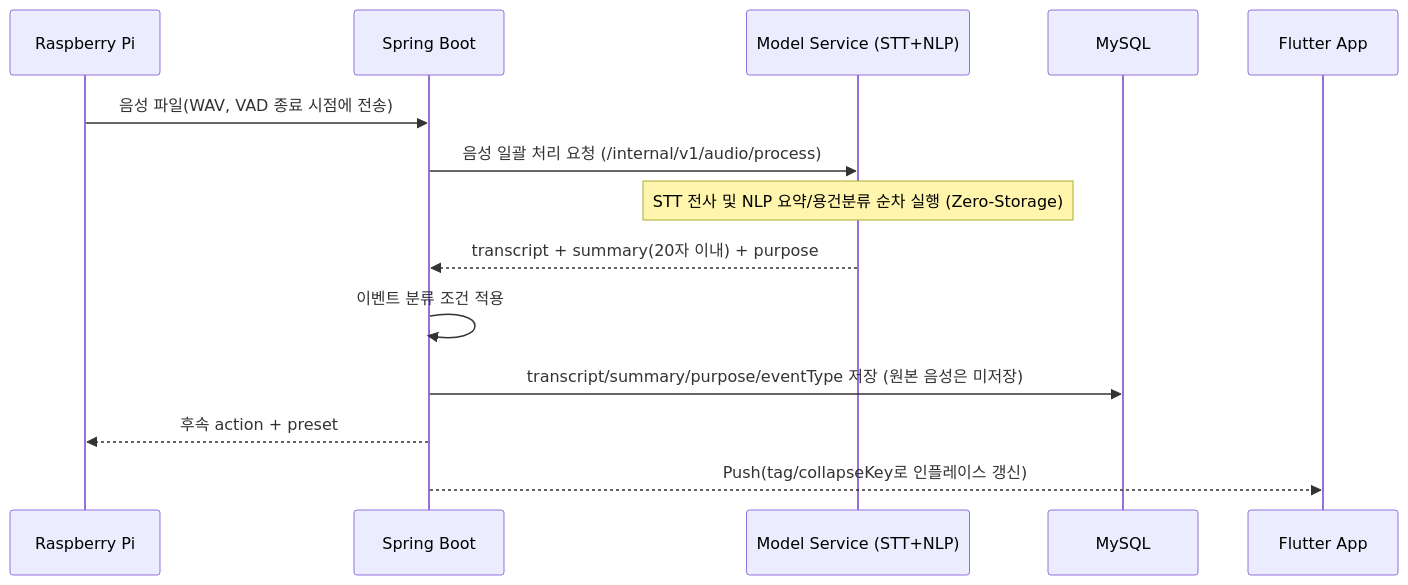
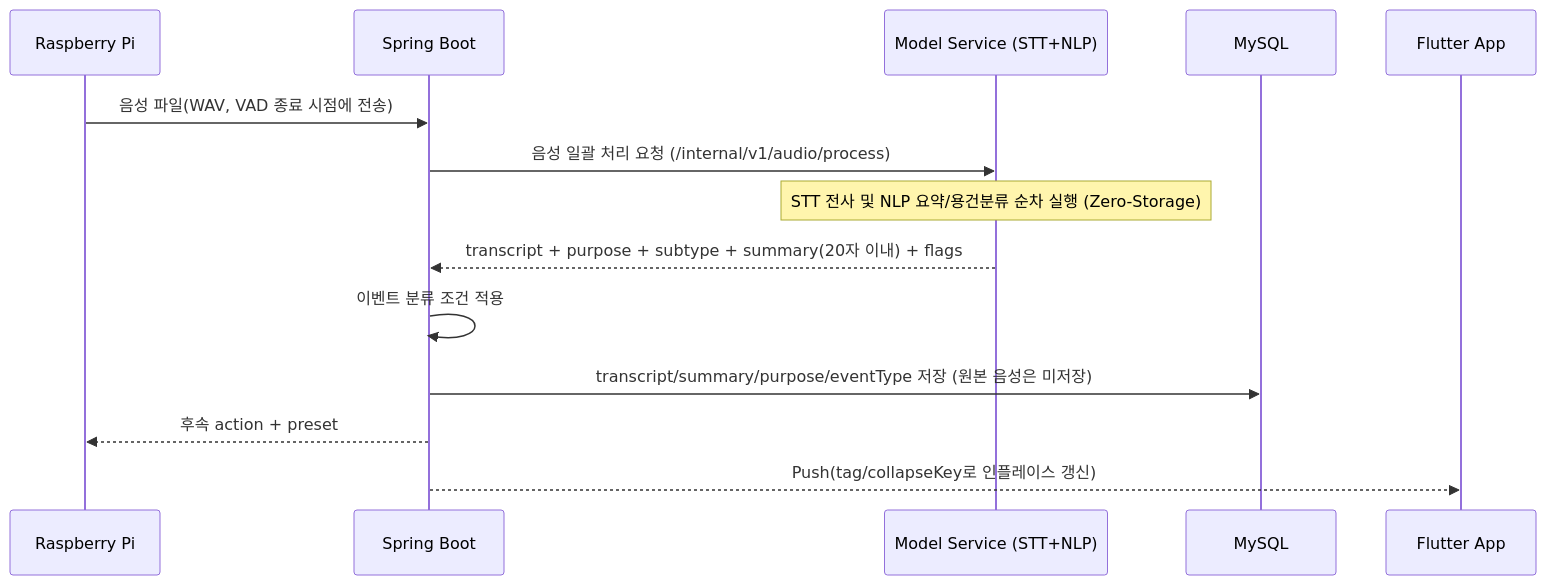
The second of 2 diagrams in API_v1_5.md (centreject/DataCat), drawn with Mermaid before and after one commit. The commit also changed other lines of this file and 2 other files, not shown here.

````diff
--- a/API_v1_5.md
+++ b/API_v1_5.md
@@ -922,17 +926,17 @@
 ```mermaid
 sequenceDiagram
     participant Pi as Raspberry Pi
     participant Spring as Spring Boot
     participant Model as Model Service (STT+NLP)
     participant DB as MySQL
     participant App as Flutter App
 
     Pi->>Spring: 음성 파일(WAV, VAD 종료 시점에 전송)
     Spring->>Model: 음성 일괄 처리 요청 (/internal/v1/audio/process)
     Note over Model: STT 전사 및 NLP 요약/용건분류 순차 실행 (Zero-Storage)
-    Model-->>Spring: transcript + summary(20자 이내) + purpose
+    Model-->>Spring: transcript + purpose + subtype + summary(20자 이내) + flags
     Spring->>Spring: 이벤트 분류 조건 적용
     Spring->>DB: transcript/summary/purpose/eventType 저장 (원본 음성은 미저장)
     Spring-->>Pi: 후속 action + preset
     Spring-->>App: Push(tag/collapseKey로 인플레이스 갱신)
 ```
````
